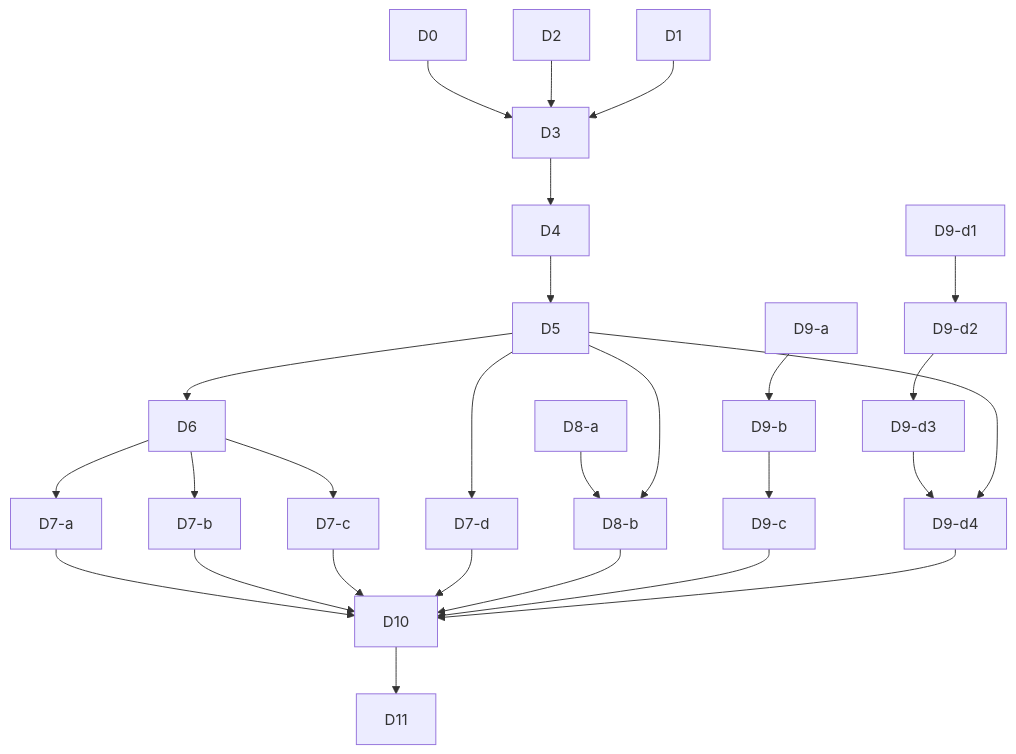
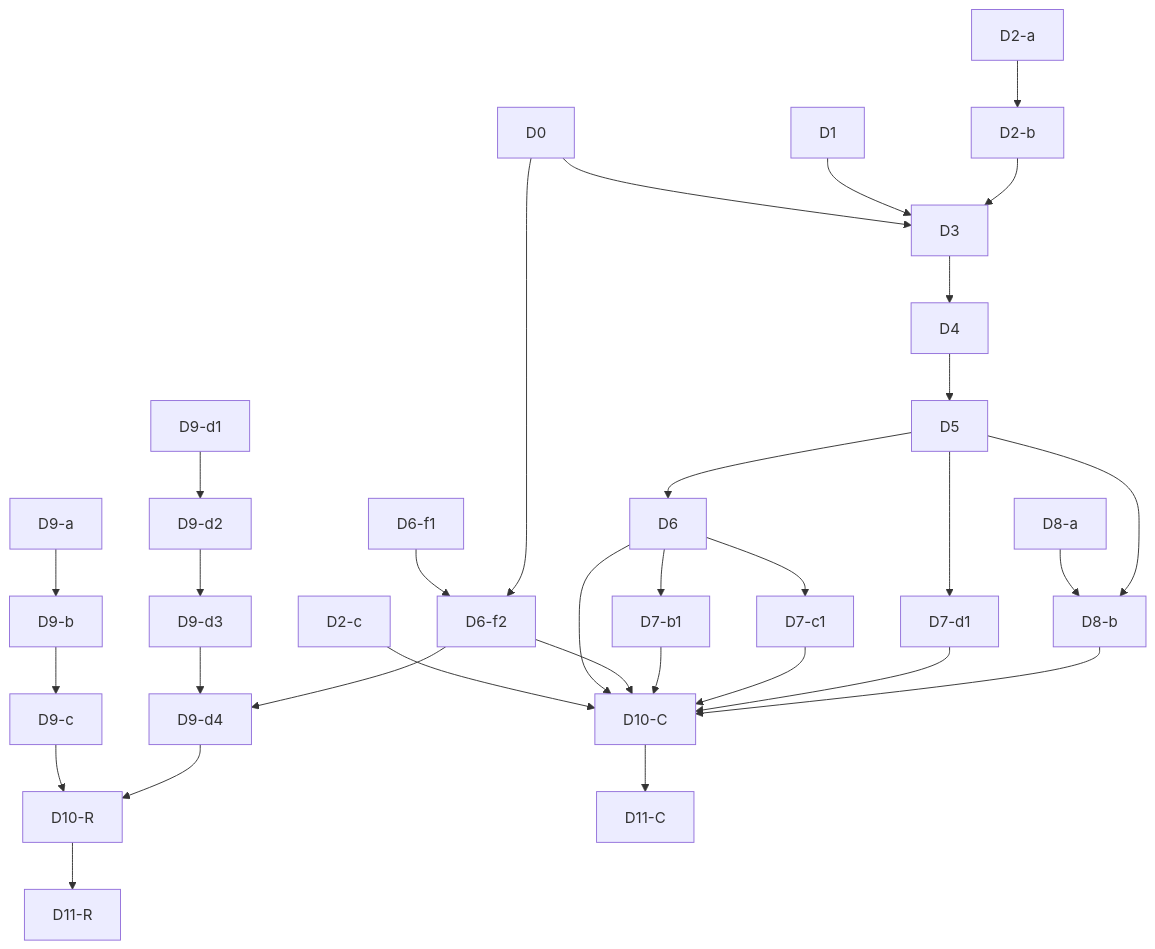
The second of 2 diagrams in docs/development/approval-canvas-v2-development-plan-20260720.md (zensgit/metasheet2), drawn with Mermaid before and after one commit. The commit also changed other lines of this file, not shown here.

````diff
--- a/docs/development/approval-canvas-v2-development-plan-20260720.md
+++ b/docs/development/approval-canvas-v2-development-plan-20260720.md
@@ -172,24 +219,29 @@
 ```mermaid
 flowchart TD
+  D2A["D2-a"] --> D2B["D2-b"]
+  D2C["D2-c"] --> D10C["D10-C"]
   D0 --> D3
-  D2 --> D3
   D1 --> D3
+  D2B --> D3
   D3 --> D4 --> D5 --> D6
-  D6 --> D7A["D7-a"]
-  D6 --> D7B["D7-b"]
-  D6 --> D7C["D7-c"]
-  D5 --> D7D["D7-d"]
+  D6F1["D6-f1"] --> D6F2["D6-f2"]
+  D0 --> D6F2
+  D6 --> D7B1["D7-b1"]
+  D6 --> D7C1["D7-c1"]
+  D5 --> D7D1["D7-d1"]
   D8A["D8-a"] --> D8B["D8-b"]
   D5 --> D8B
   D9A["D9-a"] --> D9B["D9-b"] --> D9C["D9-c"]
   D9D1["D9-d1"] --> D9D2["D9-d2"] --> D9D3["D9-d3"] --> D9D4["D9-d4"]
-  D5 --> D9D4
-  D7A --> D10
-  D7B --> D10
-  D7C --> D10
-  D7D --> D10
-  D8B --> D10
-  D9C --> D10
-  D9D4 --> D10
-  D10 --> D11
+  D6F2 --> D9D4
+  D6 --> D10C
+  D6F2 --> D10C
+  D7B1 --> D10C
+  D7C1 --> D10C
+  D7D1 --> D10C
+  D8B --> D10C
+  D9C --> D10R["D10-R"]
+  D9D4 --> D10R
+  D10C --> D11C["D11-C"]
+  D10R --> D11R["D11-R"]
 ```
````
